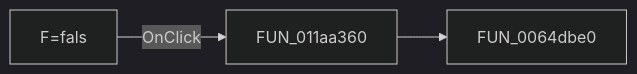
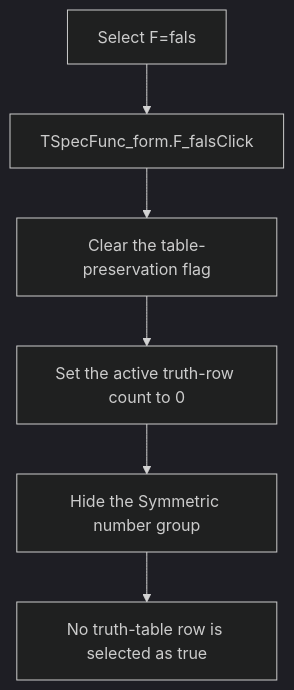
The diagram in docs/ui-controls/specfunc-form/f-fals-db084e6ce0.md (MovGP0/TIARA), drawn with Mermaid (dark theme) before and after one commit. The commit also changed other lines of this file and 1062 other files, not shown here.

````diff
--- a/docs/ui-controls/specfunc-form/f-fals-db084e6ce0.md
+++ b/docs/ui-controls/specfunc-form/f-fals-db084e6ce0.md
@@ -27,5 +29,8 @@
 ```mermaid
-flowchart LR
-    control["F=fals"] -->|OnClick| handler["FUN_011aa360"]
-    handler --> call1["FUN_0064dbe0"]
+flowchart TD
+    control["Select F=fals"] --> handler["TSpecFunc_form.F_falsClick"]
+    handler --> flag["Clear the table-preservation flag"]
+    flag --> count["Set the active truth-row count to 0"]
+    count --> hide["Hide the Symmetric number group"]
+    hide --> result["No truth-table row is selected as true"]
 ```
````
